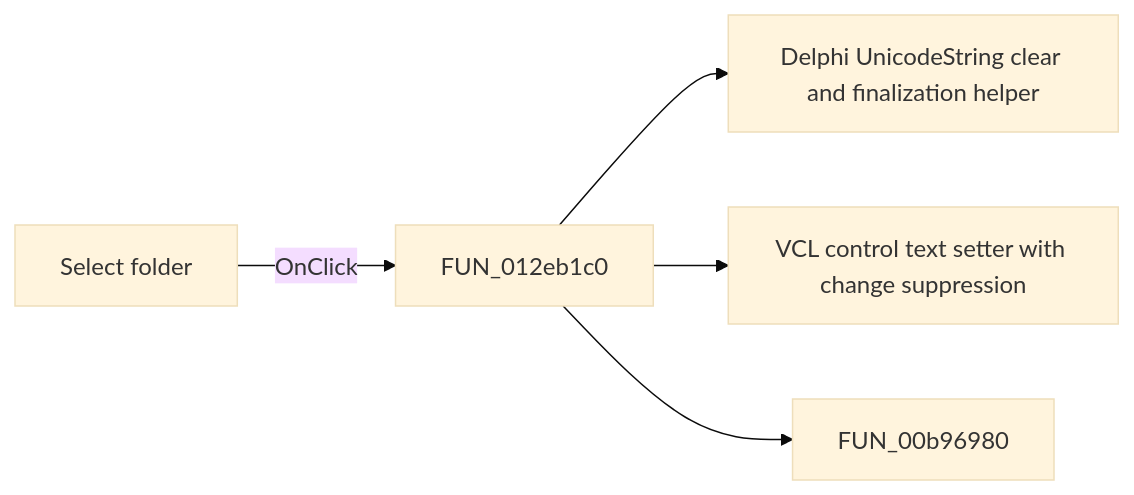
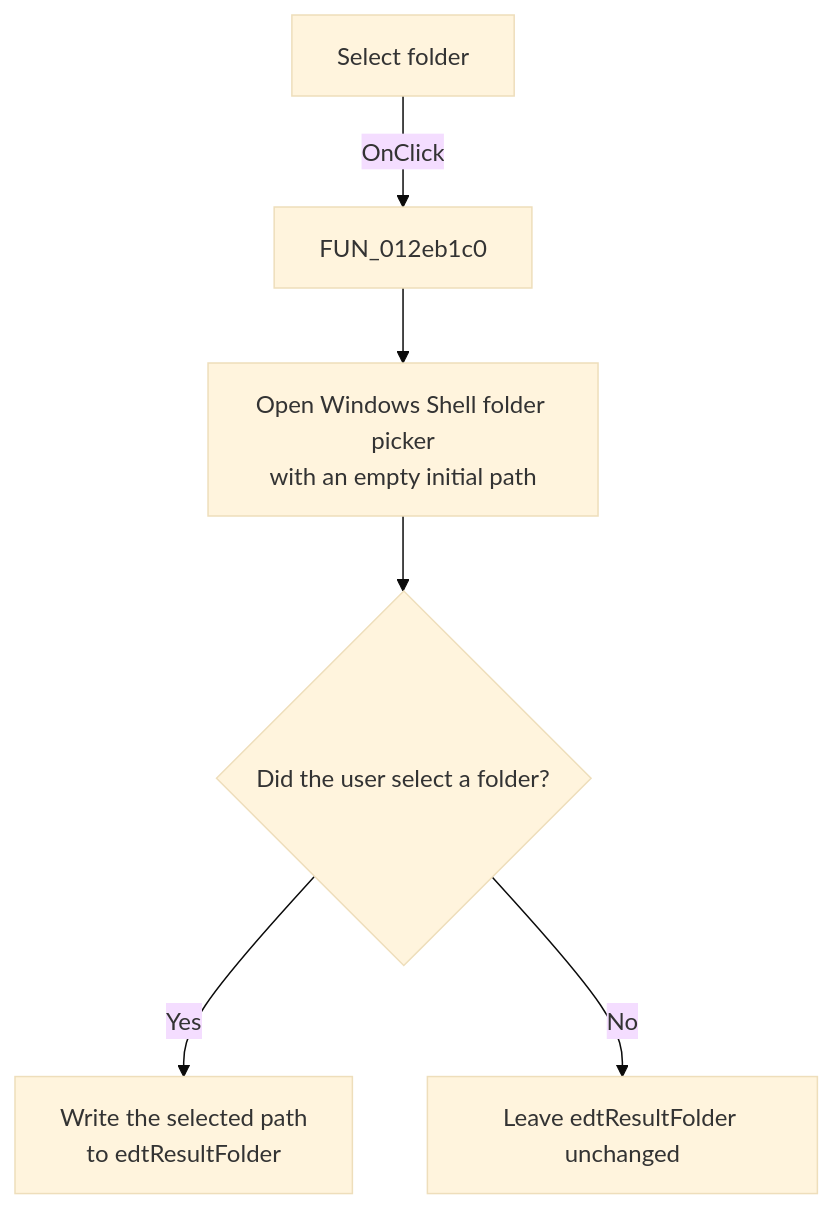
Before and after one commit to MovGP0/TIARA: the diagram in docs/ui-controls/modreplicationfile/bresultfolder-757836c775.md, drawn with Mermaid (base theme). The commit also changed other lines of this file and 1062 other files, not shown here.

````diff
--- a/docs/ui-controls/modreplicationfile/bresultfolder-757836c775.md
+++ b/docs/ui-controls/modreplicationfile/bresultfolder-757836c775.md
@@ -27,7 +31,8 @@
 ```mermaid
-flowchart LR
+flowchart TD
     control["Select folder"] -->|OnClick| handler["FUN_012eb1c0"]
-    handler --> call1["Delphi UnicodeString clear and finalization helper"]
-    handler --> call2["VCL control text setter with change suppression"]
-    handler --> call3["FUN_00b96980"]
+    handler --> picker["Open Windows Shell folder picker<br/>with an empty initial path"]
+    picker --> accepted{"Did the user select a folder?"}
+    accepted -->|Yes| update["Write the selected path<br/>to edtResultFolder"]
+    accepted -->|No| unchanged["Leave edtResultFolder unchanged"]
 ```
````
